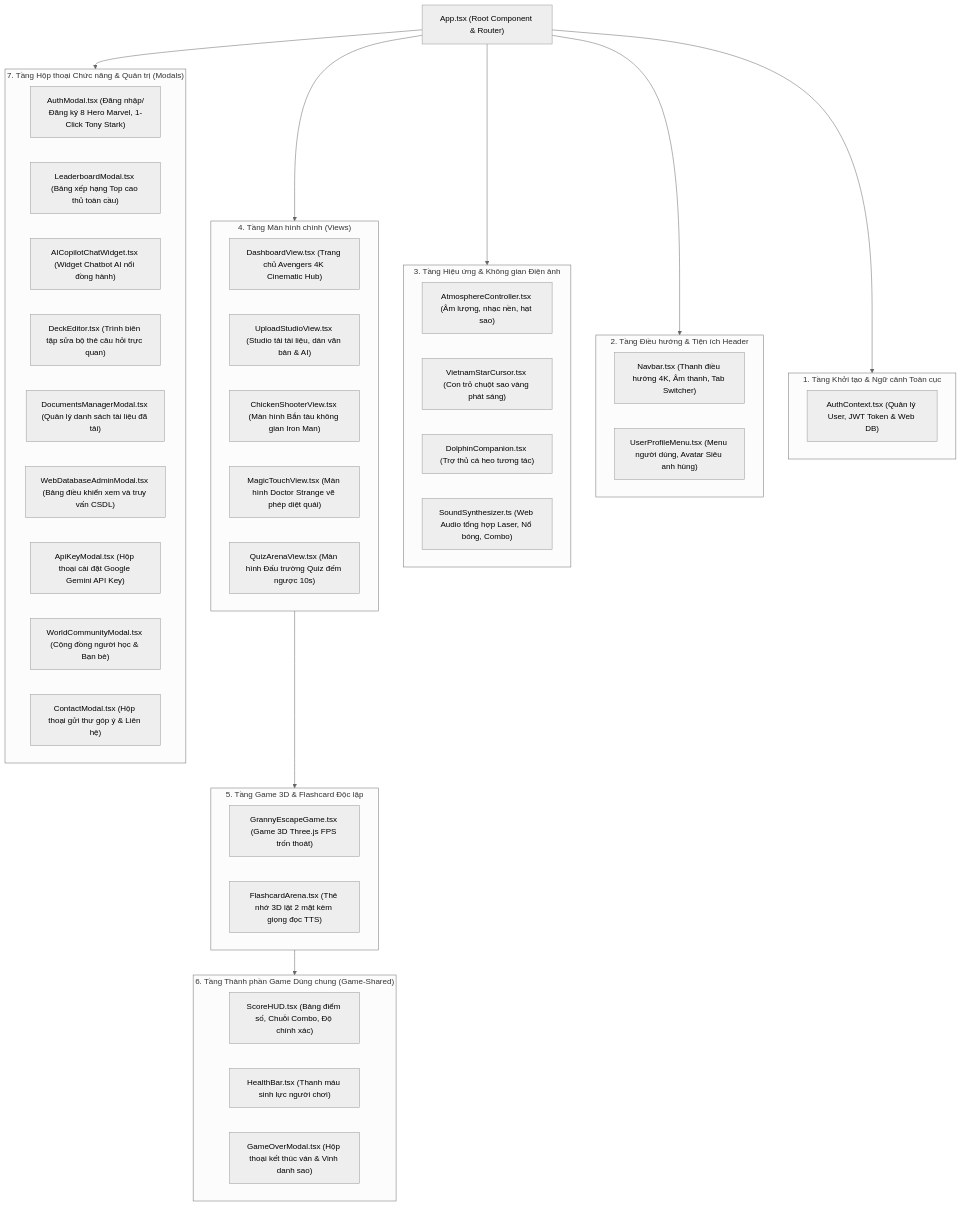
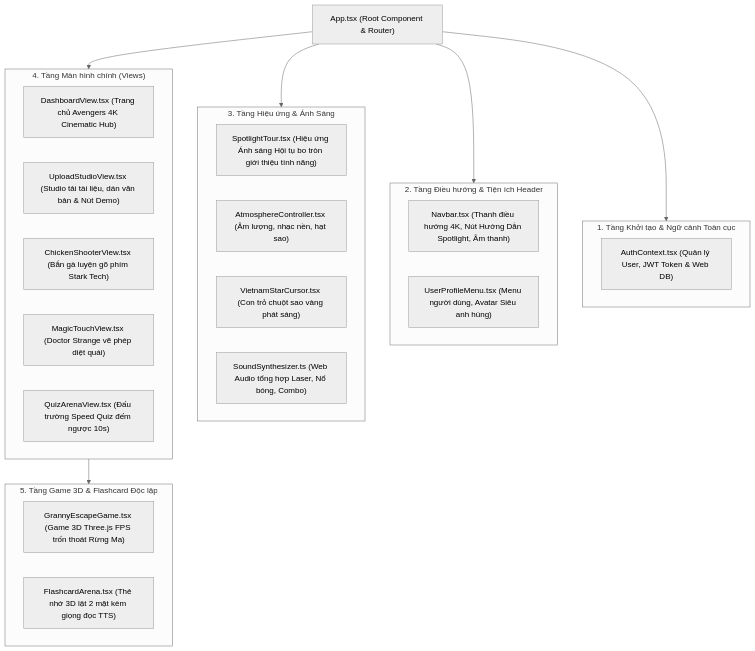
One commit to bangmanhbac-max/Game changed the third of 3 diagrams in README.md. Above: the diagram before and after it, drawn with Mermaid (neutral theme). The commit also changed other lines of this file and 20 other files, not shown here.

Commit message:
feat: clean redundant markdown, enhance README with project visuals, and implement game-style spotlight tour

````diff
--- a/README.md
+++ b/README.md
@@ -170,59 +177,39 @@
 ```mermaid
 graph TD
     App["App.tsx (Root Component & Router)"]
     
     subgraph G1 ["1. Tầng Khởi tạo & Ngữ cảnh Toàn cục"]
         AuthContext["AuthContext.tsx (Quản lý User, JWT Token & Web DB)"]
     end
 
     subgraph G2 ["2. Tầng Điều hướng & Tiện ích Header"]
-        Navbar["Navbar.tsx (Thanh điều hướng 4K, Âm thanh, Tab Switcher)"]
+        Navbar["Navbar.tsx (Thanh điều hướng 4K, Nút Hướng Dẫn Spotlight, Âm thanh)"]
         UserProfile["UserProfileMenu.tsx (Menu người dùng, Avatar Siêu anh hùng)"]
     end
 
-    subgraph G3 ["3. Tầng Hiệu ứng & Không gian Điện ảnh"]
+    subgraph G3 ["3. Tầng Hiệu ứng & Ánh Sáng"]
+        Spotlight["SpotlightTour.tsx (Hiệu ứng Ánh sáng Hội tụ bo tròn giới thiệu tính năng)"]
         Atmosphere["AtmosphereController.tsx (Âm lượng, nhạc nền, hạt sao)"]
         Cursor["VietnamStarCursor.tsx (Con trỏ chuột sao vàng phát sáng)"]
-        Dolphin["DolphinCompanion.tsx (Trợ thủ cá heo tương tác)"]
         SoundSynth["SoundSynthesizer.ts (Web Audio tổng hợp Laser, Nổ bóng, Combo)"]
     end
 
     subgraph G4 ["4. Tầng Màn hình chính (Views)"]
         DashView["DashboardView.tsx (Trang chủ Avengers 4K Cinematic Hub)"]
-        UploadView["UploadStudioView.tsx (Studio tải tài liệu, dán văn bản & AI)"]
-        ChickenView["ChickenShooterView.tsx (Màn hình Bắn tàu không gian Iron Man)"]
-        MagicView["MagicTouchView.tsx (Màn hình Doctor Strange vẽ phép diệt quái)"]
-        QuizView["QuizArenaView.tsx (Màn hình Đấu trường Quiz đếm ngược 10s)"]
+        UploadView["UploadStudioView.tsx (Studio tải tài liệu, dán văn bản & Nút Demo)"]
+        ChickenView["ChickenShooterView.tsx (Bắn gà luyện gõ phím Stark Tech)"]
+        MagicView["MagicTouchView.tsx (Doctor Strange vẽ phép diệt quái)"]
+        QuizView["QuizArenaView.tsx (Đấu trường Speed Quiz đếm ngược 10s)"]
     end
 
     subgraph G5 ["5. Tầng Game 3D & Flashcard Độc lập"]
-        Granny3D["GrannyEscapeGame.tsx (Game 3D Three.js FPS trốn thoát)"]
+        Granny3D["GrannyEscapeGame.tsx (Game 3D Three.js FPS trốn thoát Rừng Ma)"]
         Flashcard["FlashcardArena.tsx (Thẻ nhớ 3D lật 2 mặt kèm giọng đọc TTS)"]
-    end
-
-    subgraph G6 ["6. Tầng Thành phần Game Dùng chung (Game-Shared)"]
-        ScoreHUD["ScoreHUD.tsx (Bảng điểm số, Chuỗi Combo, Độ chính xác)"]
-        HealthBar["HealthBar.tsx (Thanh máu sinh lực người chơi)"]
-        GameOverModal["GameOverModal.tsx (Hộp thoại kết thúc ván & Vinh danh sao)"]
-    end
-
-    subgraph G7 ["7. Tầng Hộp thoại Chức năng & Quản trị (Modals)"]
-        AuthModal["AuthModal.tsx (Đăng nhập/Đăng ký 8 Hero Marvel, 1-Click Tony Stark)"]
-        Leaderboard["LeaderboardModal.tsx (Bảng xếp hạng Top cao thủ toàn cầu)"]
-        AICopilot["AICopilotChatWidget.tsx (Widget Chatbot AI nổi đồng hành)"]
-        DeckEditor["DeckEditor.tsx (Trình biên tập sửa bộ thẻ câu hỏi trực quan)"]
-        DocManager["DocumentsManagerModal.tsx (Quản lý danh sách tài liệu đã tải)"]
-        AdminModal["WebDatabaseAdminModal.tsx (Bảng điều khiển xem và truy vấn CSDL)"]
-        ApiKeyModal["ApiKeyModal.tsx (Hộp thoại cài đặt Google Gemini API Key)"]
-        CommunityModal["WorldCommunityModal.tsx (Cộng đồng người học & Bạn bè)"]
-        ContactModal["ContactModal.tsx (Hộp thoại gửi thư góp ý & Liên hệ)"]
     end
 
     App --> G1
     App --> G2
     App --> G3
     App --> G4
     G4 --> G5
-    G5 --> G6
-    App --> G7
 ```
````
